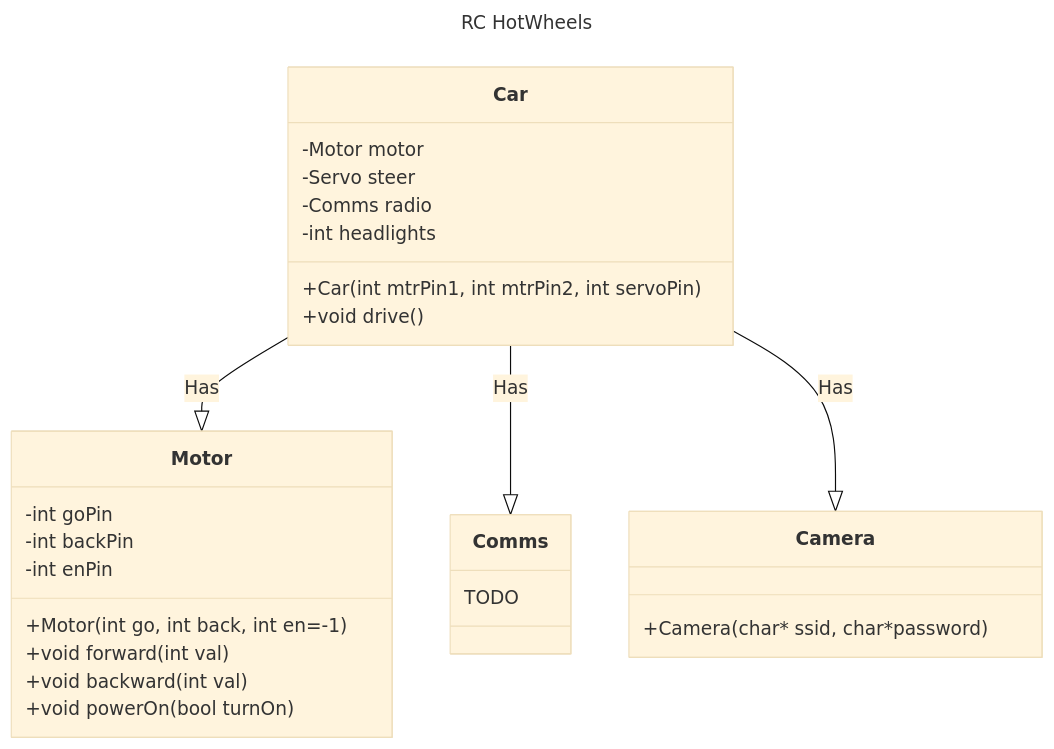
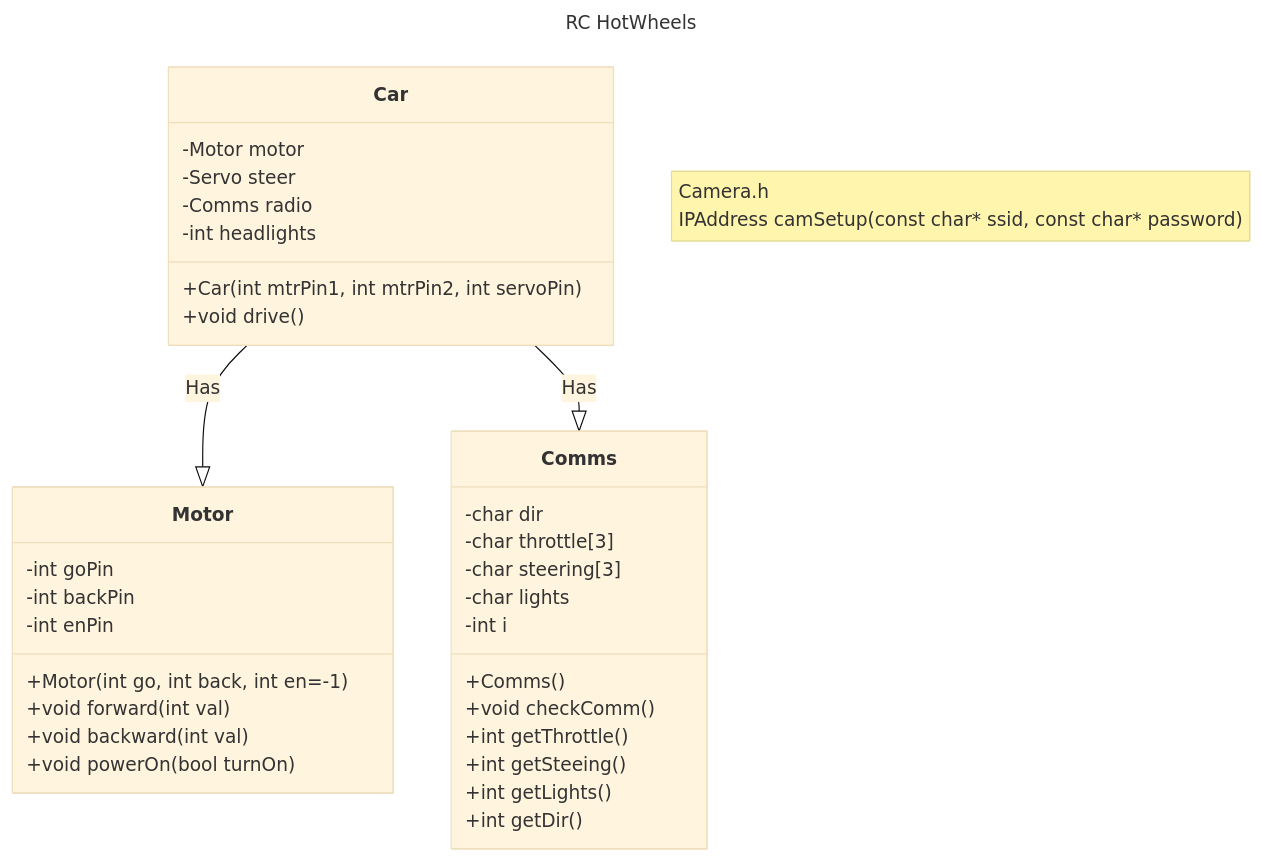
The first of 2 diagrams in software/class_diag.md (davider3/hot_wheels), drawn with Mermaid (base theme) before and after one commit. The commit also changed other lines of this file, not shown here.

Commit message:
updated uml diagram

````diff
--- a/software/class_diag.md
+++ b/software/class_diag.md
@@ -3,38 +3,51 @@
 ```mermaid
 ---
 title : RC HotWheels
 ---
 classDiagram
 
     class Car{
         -Motor motor
         -Servo steer
         -Comms radio
         -int headlights
         +Car(int mtrPin1, int mtrPin2, int servoPin)
         +void drive()
     }
   
     Car --|> Motor : Has
     Car --|> Comms : Has
-    Car --|> Camera : Has
 
     class Motor{
         -int goPin
         -int backPin
         -int enPin
         +Motor(int go, int back, int en=-1)
         +void forward(int val)
         +void backward(int val)
         +void powerOn(bool turnOn)
     }
 
-    class Camera{
-        +Camera(char* ssid, char*password)
+    class Comms{
+        -char dir
+        -char throttle[3]
+        -char steering[3]
+        -char lights
+        -int i
+
+        +Comms()
+
+        +void checkComm()
+
+        +int getThrottle()
+        +int getSteeing()
+        +int getLights()
+        +int getDir()
     }
 
-    class Comms{
-        TODO
-    }
+    
+
+    note "Camera.h
+    IPAddress camSetup(const char* ssid, const char* password)"
 
 ```
````
